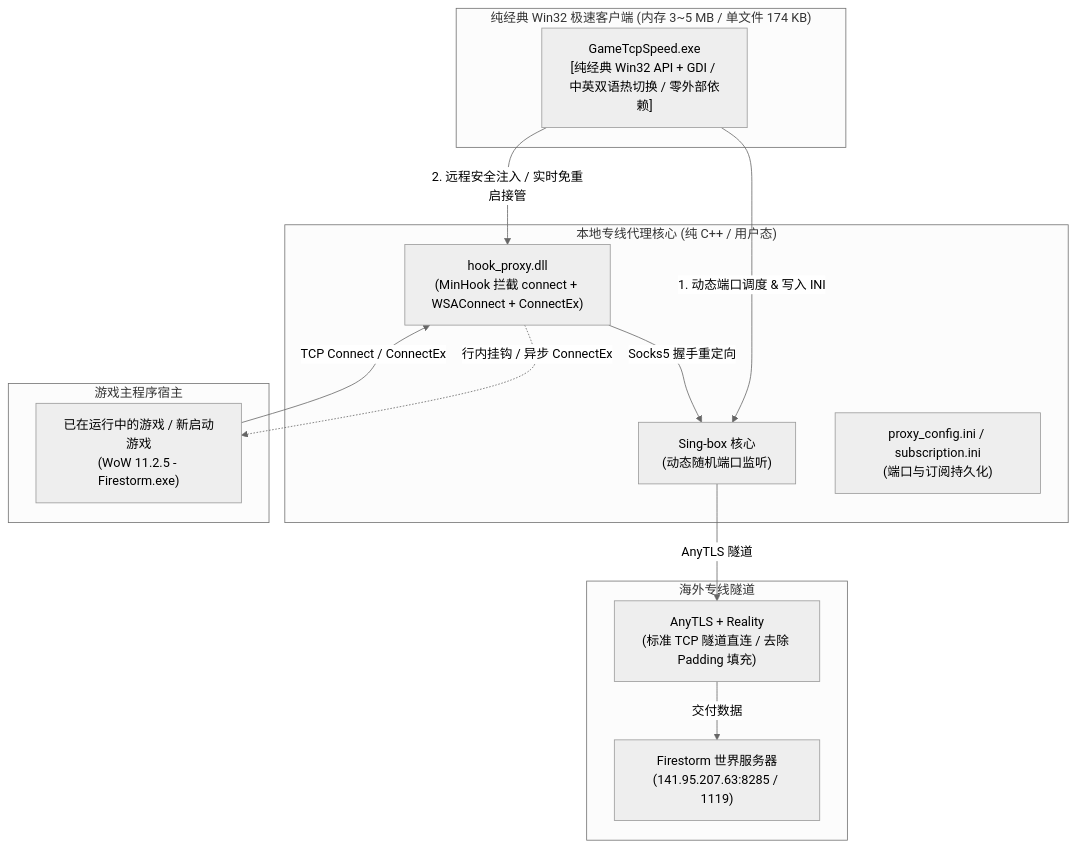
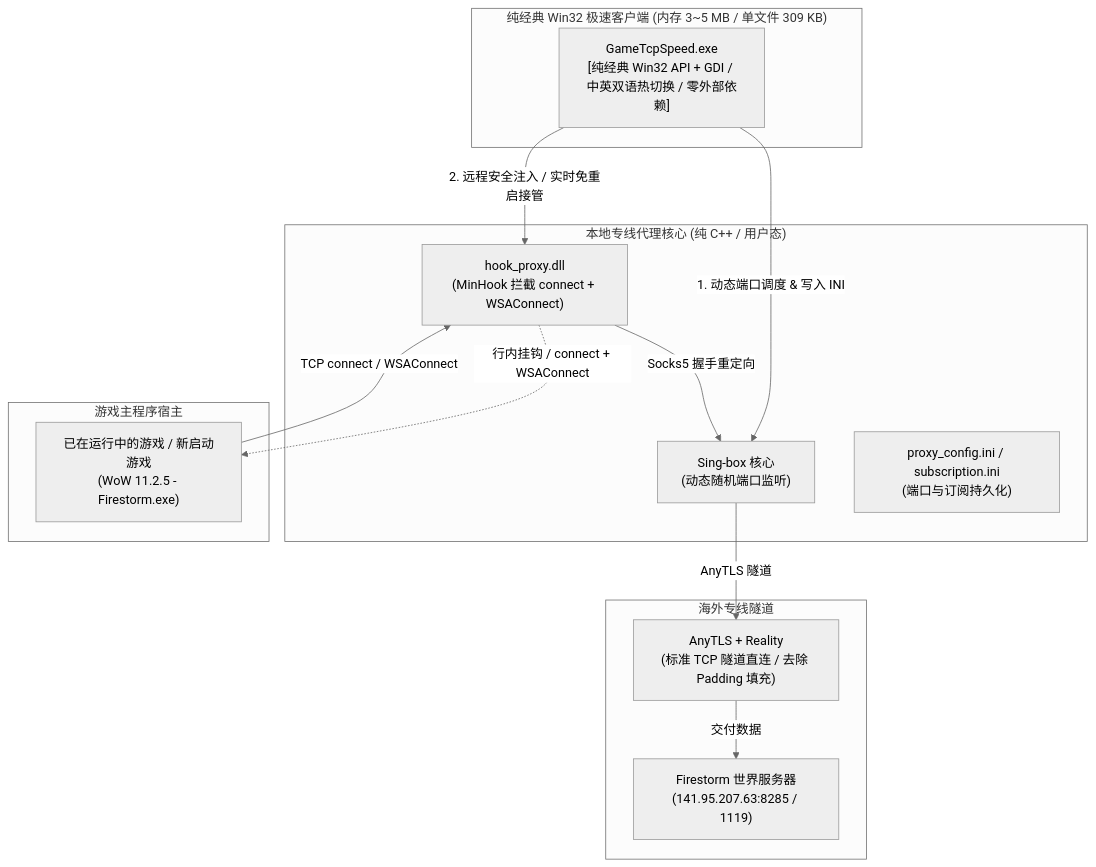
Before and after one commit to fun3588/game-tcp-speed: the diagram in README.md, drawn with Mermaid (neutral theme). The commit also changed other lines of this file and 13 other files, not shown here.

````diff
--- a/README.md
+++ b/README.md
@@ -80,29 +84,29 @@
 ```mermaid
 flowchart TD
-    subgraph UI_Layer["纯经典 Win32 极速客户端 (内存 3~5 MB / 单文件 174 KB)"]
+    subgraph UI_Layer["纯经典 Win32 极速客户端 (内存 3~5 MB / 单文件 309 KB)"]
         Win32App["GameTcpSpeed.exe\n[纯经典 Win32 API + GDI / 中英双语热切换 / 零外部依赖]"]
     end
 
     subgraph Hook_Layer["本地专线代理核心 (纯 C++ / 用户态)"]
-        HookDLL["hook_proxy.dll\n(MinHook 拦截 connect + WSAConnect + ConnectEx)"]
+        HookDLL["hook_proxy.dll\n(MinHook 拦截 connect + WSAConnect)"]
         SingBox["Sing-box 核心\n(动态随机端口监听)"]
         Config["proxy_config.ini / subscription.ini\n(端口与订阅持久化)"]
     end
 
     subgraph Game_Process["游戏主程序宿主"]
         GameRunning["已在运行中的游戏 / 新启动游戏\n(WoW 11.2.5 - Firestorm.exe)"]
     end
 
     subgraph Uplink["海外专线隧道"]
         AnyTLS["AnyTLS + Reality\n(标准 TCP 隧道直连 / 去除 Padding 填充)"]
         RemoteServer["Firestorm 世界服务器\n(141.95.207.63:8285 / 1119)"]
     end
 
     Win32App -->|1. 动态端口调度 & 写入 INI| SingBox
     Win32App -->|2. 远程安全注入 / 实时免重启接管| HookDLL
-    HookDLL -.->|行内挂钩 / 异步 ConnectEx| GameRunning
-    GameRunning -->|TCP Connect / ConnectEx| HookDLL
+    HookDLL -.->|行内挂钩 / connect + WSAConnect| GameRunning
+    GameRunning -->|TCP connect / WSAConnect| HookDLL
     HookDLL -->|Socks5 握手重定向| SingBox
     SingBox -->|AnyTLS 隧道| AnyTLS
     AnyTLS -->|交付数据| RemoteServer
 ```
````
